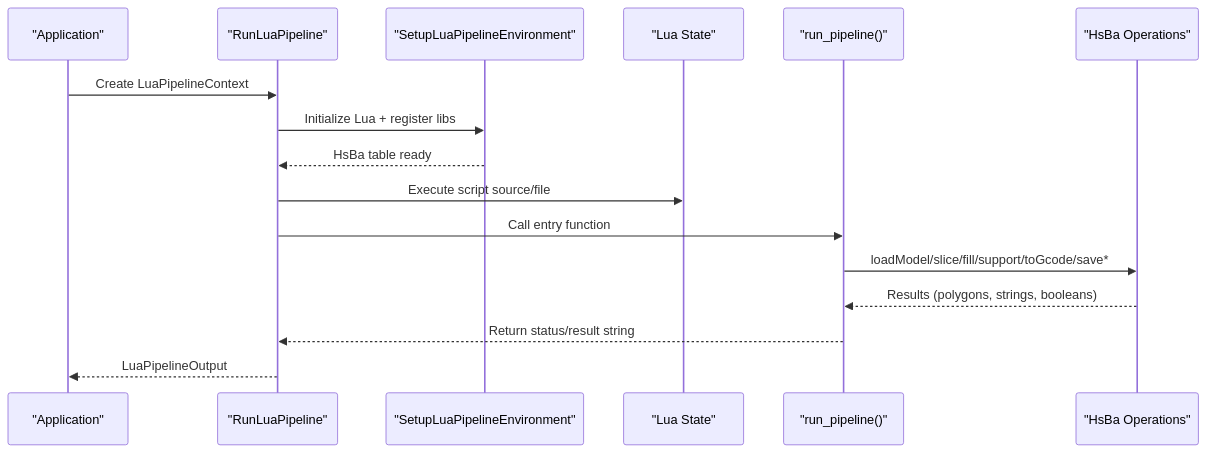
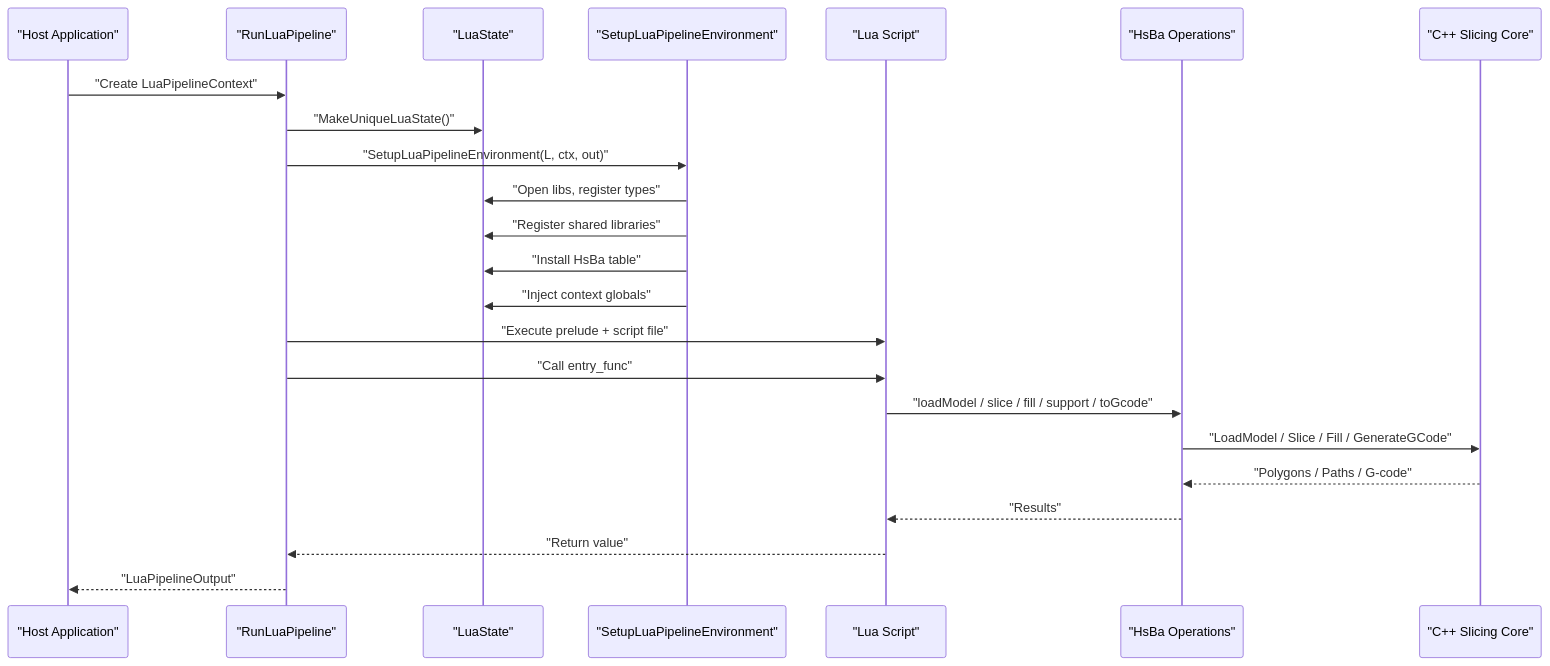
Before and after one commit to hsmbanlance/HsBaSlicer: the second of 6 diagrams in .qoder/repowiki/en/content/Lua Scripting System/Lua Scripting System.md, drawn with Mermaid. The commit also changed other lines of this file and 1135 other files, not shown here.

````diff
--- a/.qoder/repowiki/en/content/Lua Scripting System/Lua Scripting System.md
+++ b/.qoder/repowiki/en/content/Lua Scripting System/Lua Scripting System.md
@@ -128,18 +107,25 @@
 ```mermaid
 sequenceDiagram
-participant App as "Application"
+participant Host as "Host Application"
 participant Driver as "RunLuaPipeline"
+participant State as "LuaState"
 participant Env as "SetupLuaPipelineEnvironment"
-participant Lua as "Lua State"
-participant Script as "run_pipeline()"
+participant Script as "Lua Script"
 participant Ops as "HsBa Operations"
-App->>Driver : Create LuaPipelineContext
-Driver->>Env : Initialize Lua + register libs
-Env-->>Driver : HsBa table ready
-Driver->>Lua : Execute script source/file
-Driver->>Script : Call entry function
-Script->>Ops : loadModel/slice/fill/support/toGcode/save*
-Ops-->>Script : Results (polygons, strings, booleans)
-Script-->>Driver : Return status/result string
-Driver-->>App : LuaPipelineOutput
+participant Core as "C++ Slicing Core"
+Host->>Driver : "Create LuaPipelineContext"
+Driver->>State : "MakeUniqueLuaState()"
+Driver->>Env : "SetupLuaPipelineEnvironment(L, ctx, out)"
+Env->>State : "Open libs, register types"
+Env->>State : "Register shared libraries"
+Env->>State : "Install HsBa table"
+Env->>State : "Inject context globals"
+Driver->>Script : "Execute prelude + script file"
+Driver->>Script : "Call entry_func"
+Script->>Ops : "loadModel / slice / fill / support / toGcode"
+Ops->>Core : "LoadModel / Slice / Fill / GenerateGCode"
+Core-->>Ops : "Polygons / Paths / G-code"
+Ops-->>Script : "Results"
+Script-->>Driver : "Return value"
+Driver-->>Host : "LuaPipelineOutput"
 ```
````
